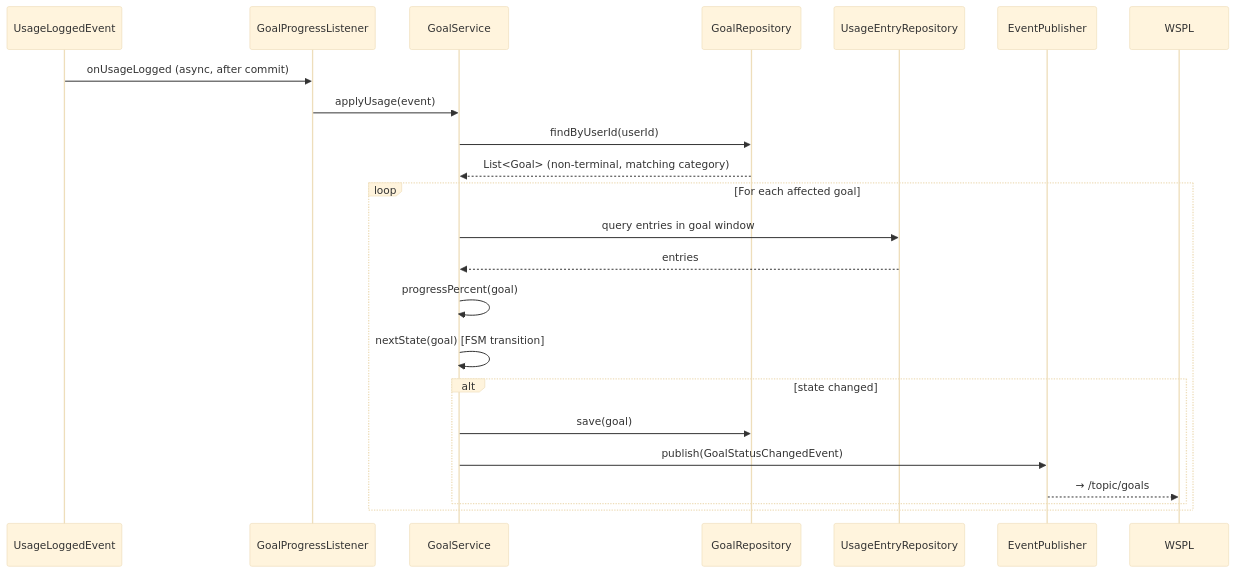
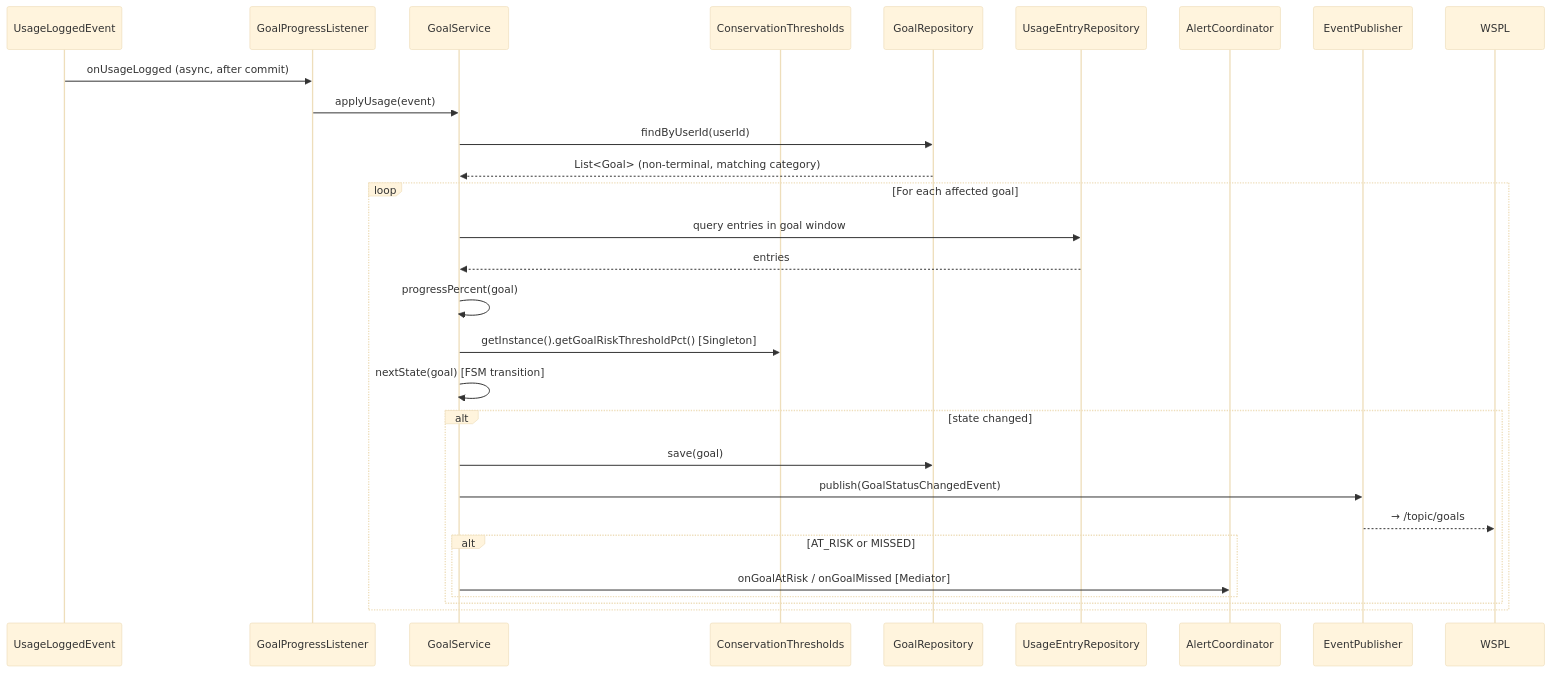
Diagram 33 of 33 in README.md (ced-kwong29/design-patterns), drawn with Mermaid (base theme) before and after one commit. The commit also changed other lines of this file and 19 other files, not shown here.

````diff
--- a/README.md
+++ b/README.md
@@ -1010,26 +1056,32 @@
 ```mermaid
 sequenceDiagram
     participant Event as UsageLoggedEvent
     participant GPL as GoalProgressListener
     participant GS as GoalService
+    participant CT as ConservationThresholds
     participant GR as GoalRepository
     participant UER as UsageEntryRepository
+    participant DAC as AlertCoordinator
     participant Pub as EventPublisher
 
     Event->>GPL: onUsageLogged (async, after commit)
     GPL->>GS: applyUsage(event)
     GS->>GR: findByUserId(userId)
     GR-->>GS: List<Goal> (non-terminal, matching category)
 
     loop For each affected goal
         GS->>UER: query entries in goal window
         UER-->>GS: entries
         GS->>GS: progressPercent(goal)
+        GS->>CT: getInstance().getGoalRiskThresholdPct() [Singleton]
         GS->>GS: nextState(goal) [FSM transition]
         alt state changed
             GS->>GR: save(goal)
             GS->>Pub: publish(GoalStatusChangedEvent)
             Pub-->>WSPL: → /topic/goals
+            alt AT_RISK or MISSED
+                GS->>DAC: onGoalAtRisk / onGoalMissed [Mediator]
+            end
         end
     end
 ```
````
